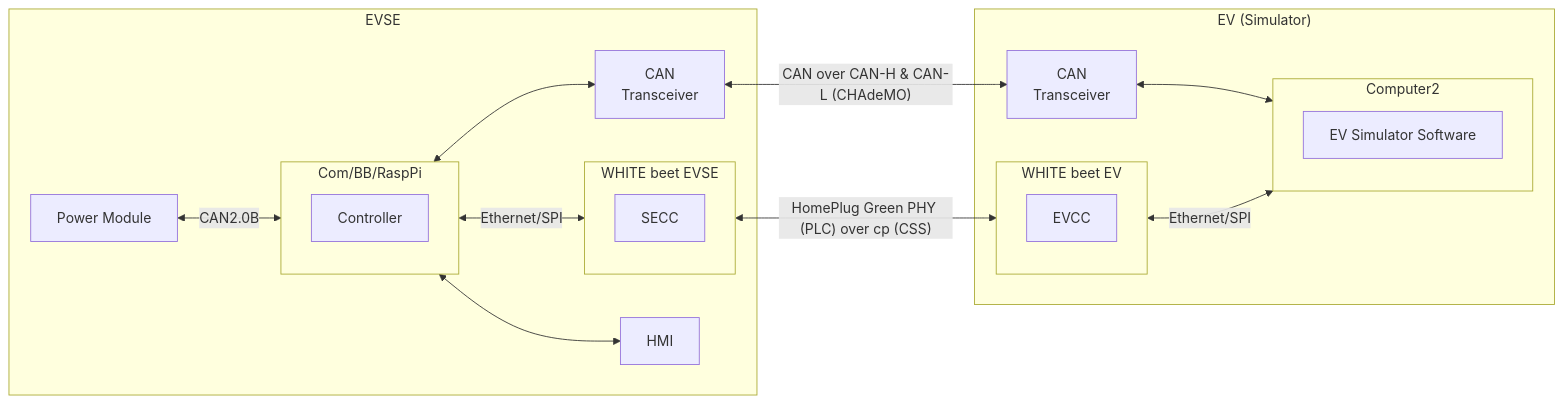
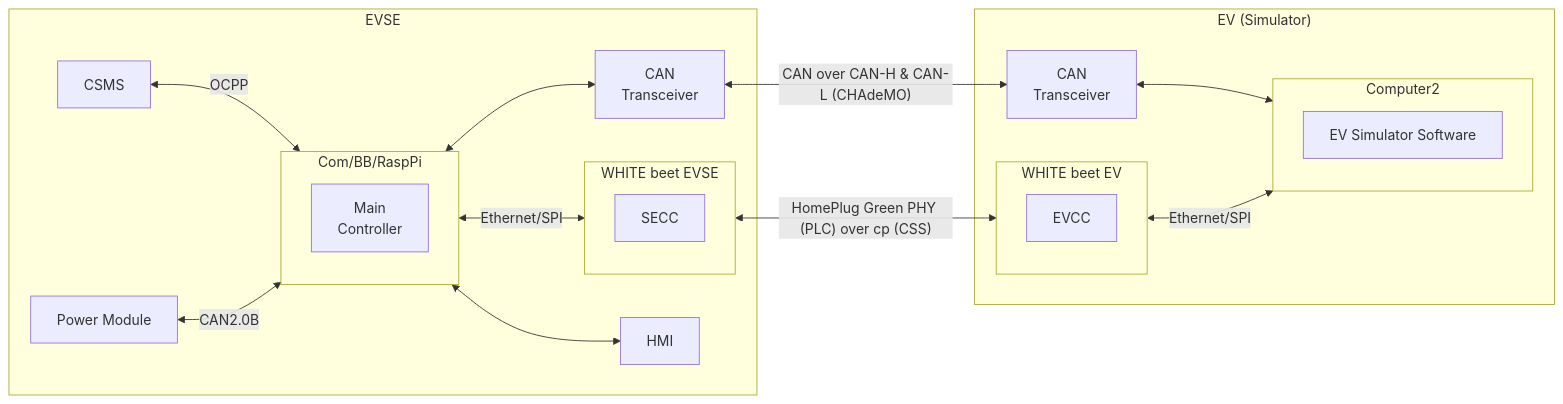
Before and after one commit to ruslylove/FreeV2G: the diagram in mermaid/architecture.mmd, drawn with Mermaid. The commit also changed 5 other files, not shown here.

Commit message:
update diagram.

```diff
--- a/mermaid/architecture.mmd
+++ b/mermaid/architecture.mmd
@@ -1,47 +1,49 @@
 flowchart LR
 
     subgraph EVSE 
     Charger
     
     subgraph WHITE beet EVSE
         direction TB
         SECC
     end
     
 
     subgraph Com/BB/RaspPi
         direction TB
         CA
     end
 
     CT1[CAN<br>Transceiver]
 
     CA <--> HMI
     CA <--> CT1
+
+    CSMS <-- OCPP --> CA
 
     end
 
     subgraph EVS["EV (Simulator)"]
 
     subgraph WHITE beet EV
         direction TB
         EVCC
     end
 
    
 
 
     subgraph Computer2
         direction TB
         EV
     end
 
         CT2[CAN<br>Transceiver]
 
 
     end
 
 
-    Charger["Power Module"] <-- CAN2.0B --> CA[Controller] <-->|Ethernet/SPI| SECC <-->|"HomePlug Green PHY (PLC) over cp (CSS)"| EVCC <-->|Ethernet/SPI| EV["EV Simulator Software"]
+    Charger["Power Module"] <-- CAN2.0B --> CA[Main<br>Controller] <-->|Ethernet/SPI| SECC <-->|"HomePlug Green PHY (PLC) over cp (CSS)"| EVCC <-->|Ethernet/SPI| EV["EV Simulator Software"]
     CT1 <-- CAN over CAN-H & CAN-L (CHAdeMO) --> CT2 <--> EV
     direction TB
```
